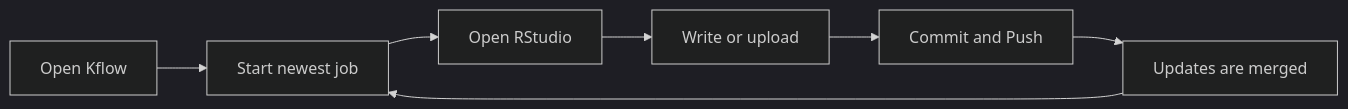
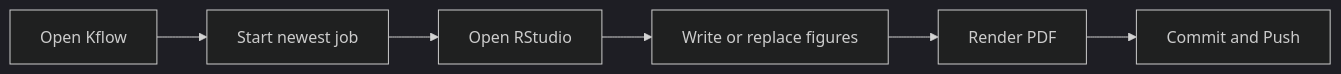
Before and after one commit to PacificCommunity/ofp-sam-bet-2026-report: the first of 2 diagrams in README.md, drawn with Mermaid (dark theme). The commit also changed other lines of this file and 132 other files, not shown here.

```diff
--- a/README.md
+++ b/README.md
@@ -17,9 +17,8 @@
 ~~~mermaid
 flowchart LR
     A["Open Kflow"] --> B["Start newest job"]
     B --> C["Open RStudio"]
-    C --> D["Write or upload"]
-    D --> E["Commit and Push"]
-    E --> F["Updates are merged"]
-    F --> B
+    C --> D["Write or replace figures"]
+    D --> E["Render PDF"]
+    E --> F["Commit and Push"]
 ~~~
```
